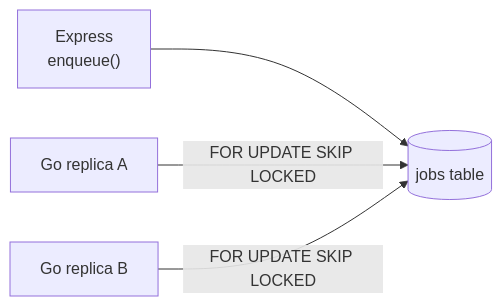
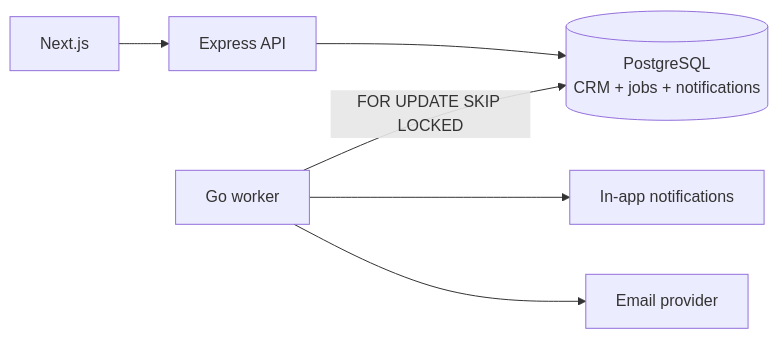
One commit to Raghurajpratapsingh28/Crm changed the third of 6 diagrams in ARCHITECTURE.md. Above: the diagram before and after it, drawn with Mermaid. The commit also changed other lines of this file and 103 other files, not shown here.

````diff
--- a/ARCHITECTURE.md
+++ b/ARCHITECTURE.md
@@ -73,11 +73,15 @@
 ```mermaid
 flowchart LR
-  API["Express<br/>enqueue()"]
-  Jobs[("jobs table")]
-  W1["Go replica A"]
-  W2["Go replica B"]
+  Web["Next.js"]
+  API["Express API"]
+  PG[("PostgreSQL<br/>CRM + jobs + notifications")]
+  Worker["Go worker"]
+  Mail["Email provider"]
+  InApp["In-app notifications"]
 
-  API --> Jobs
-  W1 -->|"FOR UPDATE SKIP LOCKED"| Jobs
-  W2 -->|"FOR UPDATE SKIP LOCKED"| Jobs
+  Web --> API
+  API --> PG
+  Worker -->|"FOR UPDATE SKIP LOCKED"| PG
+  Worker --> InApp
+  Worker --> Mail
 ```
````
